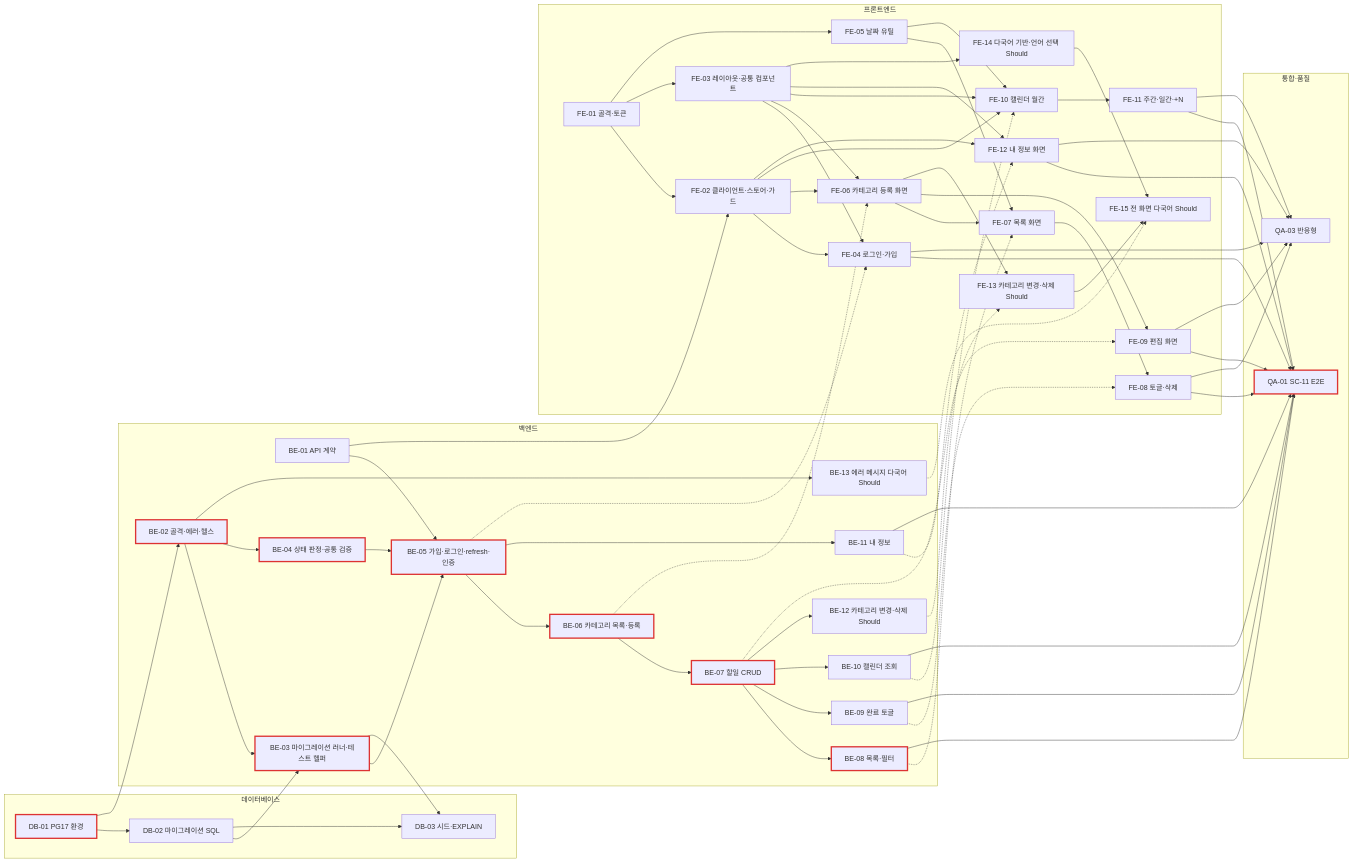
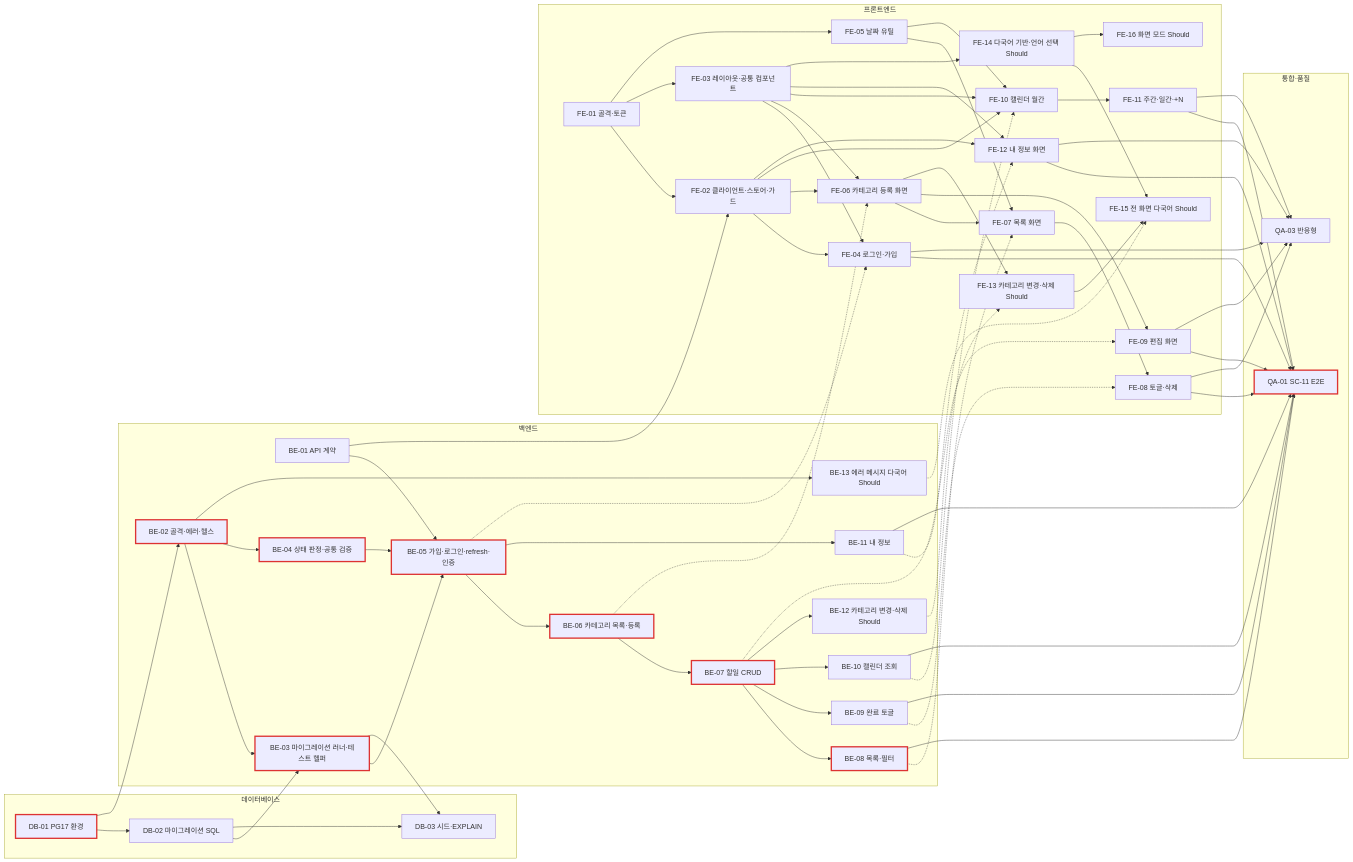
One commit to chaenamo/todolist-app changed the diagram in docs/8-plan.md. Above: the diagram before and after it, drawn with Mermaid. The commit also changed other lines of this file and 15 other files, not shown here.

```diff
--- a/docs/8-plan.md
+++ b/docs/8-plan.md
@@ -160,6 +163,7 @@
         FE13["FE-13 카테고리 변경·삭제 Should"]
         FE14["FE-14 다국어 기반·언어 선택 Should"]
         FE15["FE-15 전 화면 다국어 Should"]
+        FE16["FE-16 화면 모드 Should"]
     end
     subgraph QAL["통합·품질"]
         QA01["QA-01 SC-11 E2E"]
@@ -214,6 +218,7 @@
     FE14 --> FE15
     FE13 --> FE15
     BE13 -.-> FE15
+    FE14 --> FE16
 
     BE08 --> QA01
     BE09 --> QA01
```
